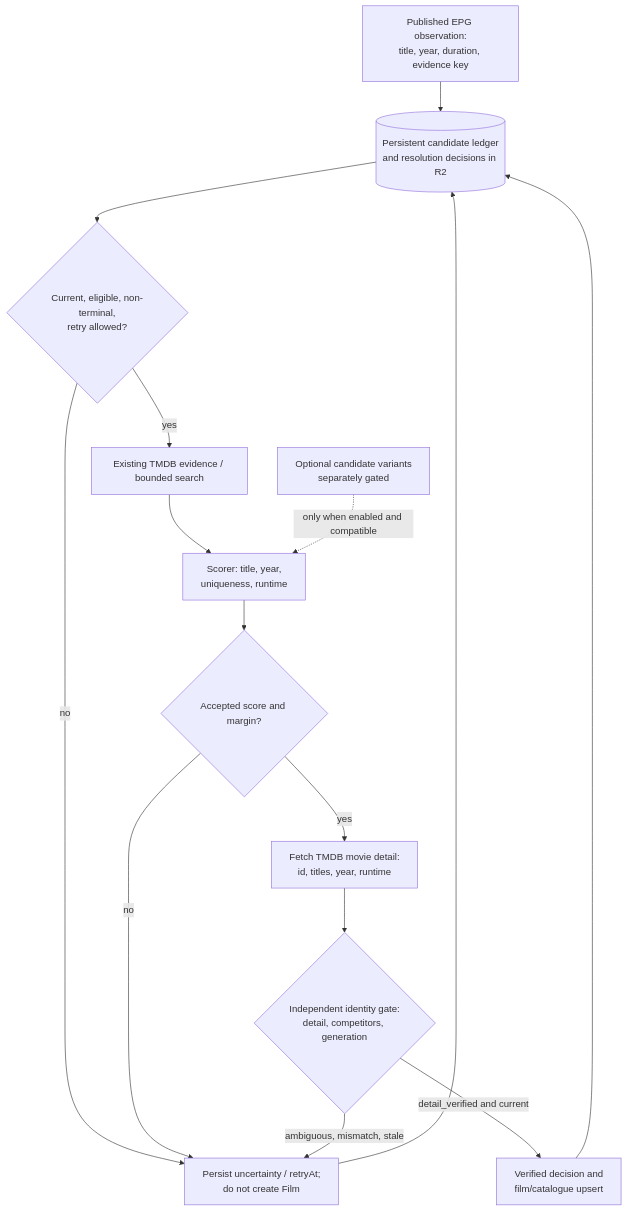
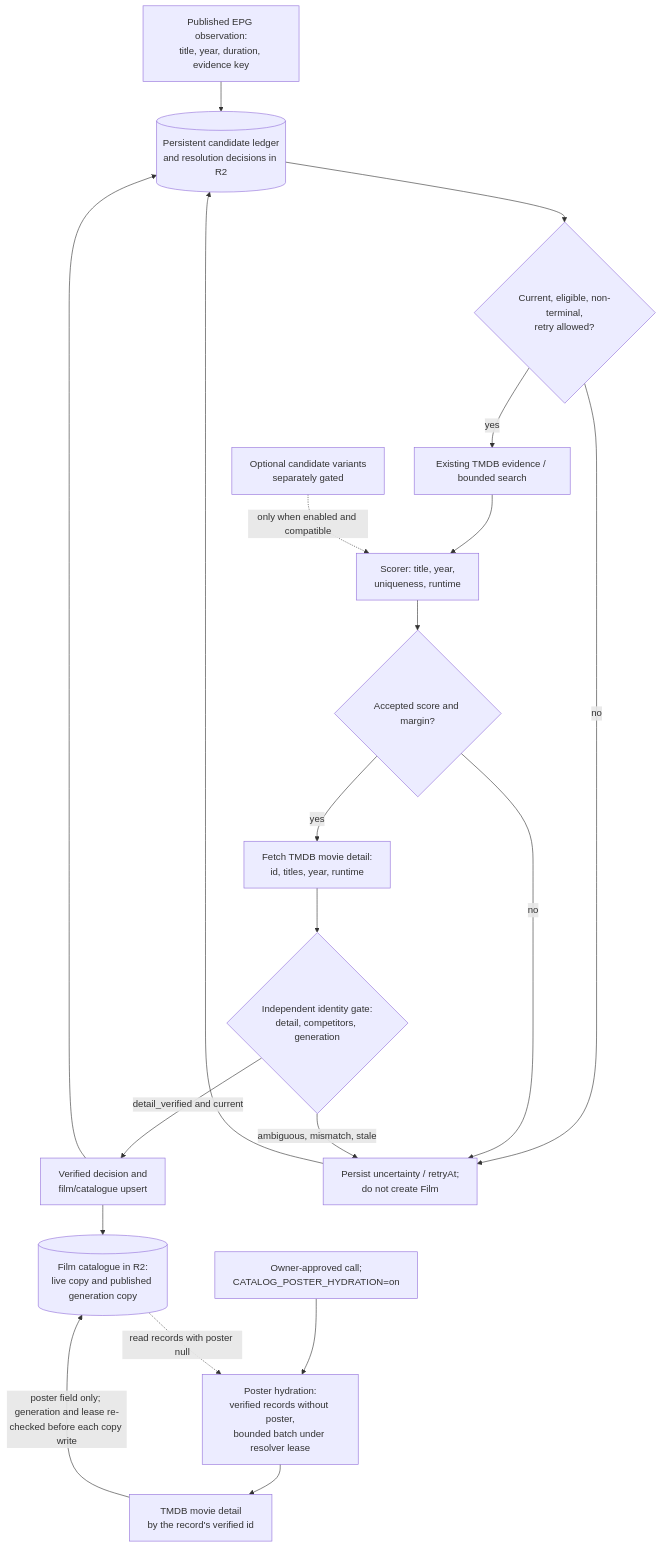
The diagram in docs/architecture/discovery-and-resolution.md (vladimino/iptv-watchlist), drawn with Mermaid before and after one commit. The commit also changed other lines of this file and 7 other files, not shown here.

````diff
--- a/docs/architecture/discovery-and-resolution.md
+++ b/docs/architecture/discovery-and-resolution.md
@@ -5,25 +5,34 @@
 ```mermaid
 flowchart TD
     epg["Published EPG observation:<br/>title, year, duration, evidence key"]
     ledger[("Persistent candidate ledger<br/>and resolution decisions in R2")]
     eligible{"Current, eligible, non-terminal,<br/>retry allowed?"}
     search["Existing TMDB evidence / bounded search"]
     variants["Optional candidate variants<br/>separately gated"]
     scorer["Scorer: title, year,<br/>uniqueness, runtime"]
     score{"Accepted score and margin?"}
     detail["Fetch TMDB movie detail:<br/>id, titles, year, runtime"]
     gate{"Independent identity gate:<br/>detail, competitors, generation"}
     writer["Verified decision and<br/>film/catalogue upsert"]
     unresolved["Persist uncertainty / retryAt;<br/>do not create Film"]
+    catalogue[("Film catalogue in R2:<br/>live copy and published generation copy")]
+    owner["Owner-approved call;<br/>CATALOG_POSTER_HYDRATION=on"]
+    hydrate["Poster hydration:<br/>verified records without poster,<br/>bounded batch under resolver lease"]
+    posterdetail["TMDB movie detail<br/>by the record's verified id"]
     epg --> ledger --> eligible
     eligible -->|no| unresolved
     eligible -->|yes| search --> scorer
     variants -.->|only when enabled and compatible| scorer
     scorer --> score
     score -->|no| unresolved
     score -->|yes| detail --> gate
     gate -->|detail_verified and current| writer
     gate -->|ambiguous, mismatch, stale| unresolved
     writer --> ledger
+    writer --> catalogue
     unresolved --> ledger
+    owner --> hydrate
+    catalogue -.->|read records with poster null| hydrate
+    hydrate --> posterdetail
+    posterdetail -->|poster field only; generation and lease re-checked before each copy write| catalogue
 ```
````
